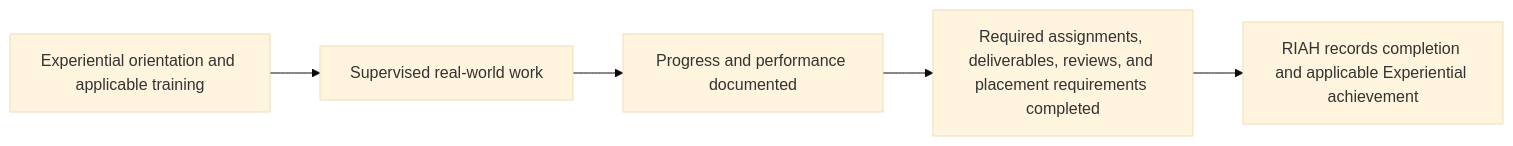
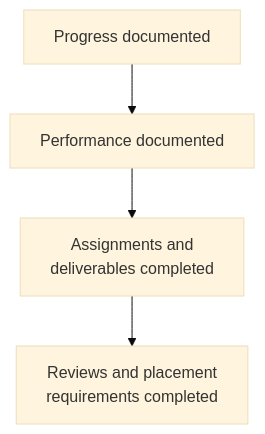
The seventh of 17 diagrams in RIAH-PATHWAY-EXPERIENTIAL-STRUCTURE/EXPERIENTIAL-STRUCTURE.md (RIAHPathway/Website-Draft), drawn with Mermaid (base theme) before and after one commit. The commit also changed other lines of this file, not shown here.

Commit message:
Break experiential Mermaid processes into readable high-level flows

````diff
--- a/RIAH-PATHWAY-EXPERIENTIAL-STRUCTURE/EXPERIENTIAL-STRUCTURE.md
+++ b/RIAH-PATHWAY-EXPERIENTIAL-STRUCTURE/EXPERIENTIAL-STRUCTURE.md
@@ -268,7 +296,6 @@
 ```mermaid
-flowchart LR
-    A[Experiential orientation and applicable training] --> B[Supervised real-world work]
-    B --> C[Progress and performance documented]
-    C --> D[Required assignments, deliverables, reviews, and placement requirements completed]
-    D --> E[RIAH records completion and applicable Experiential achievement]
+flowchart TD
+    A[Progress documented] --> B[Performance documented]
+    B --> C[Assignments and<br/>deliverables completed]
+    C --> D[Reviews and placement<br/>requirements completed]
 ```
````
